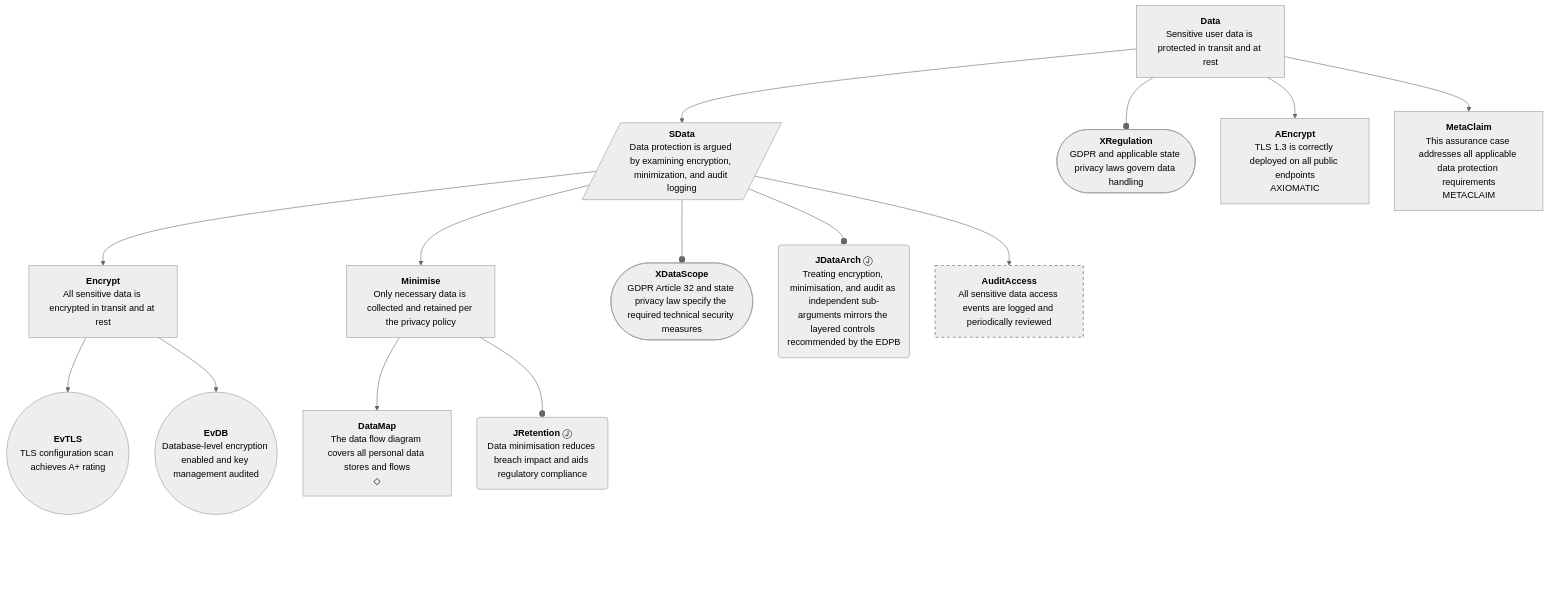
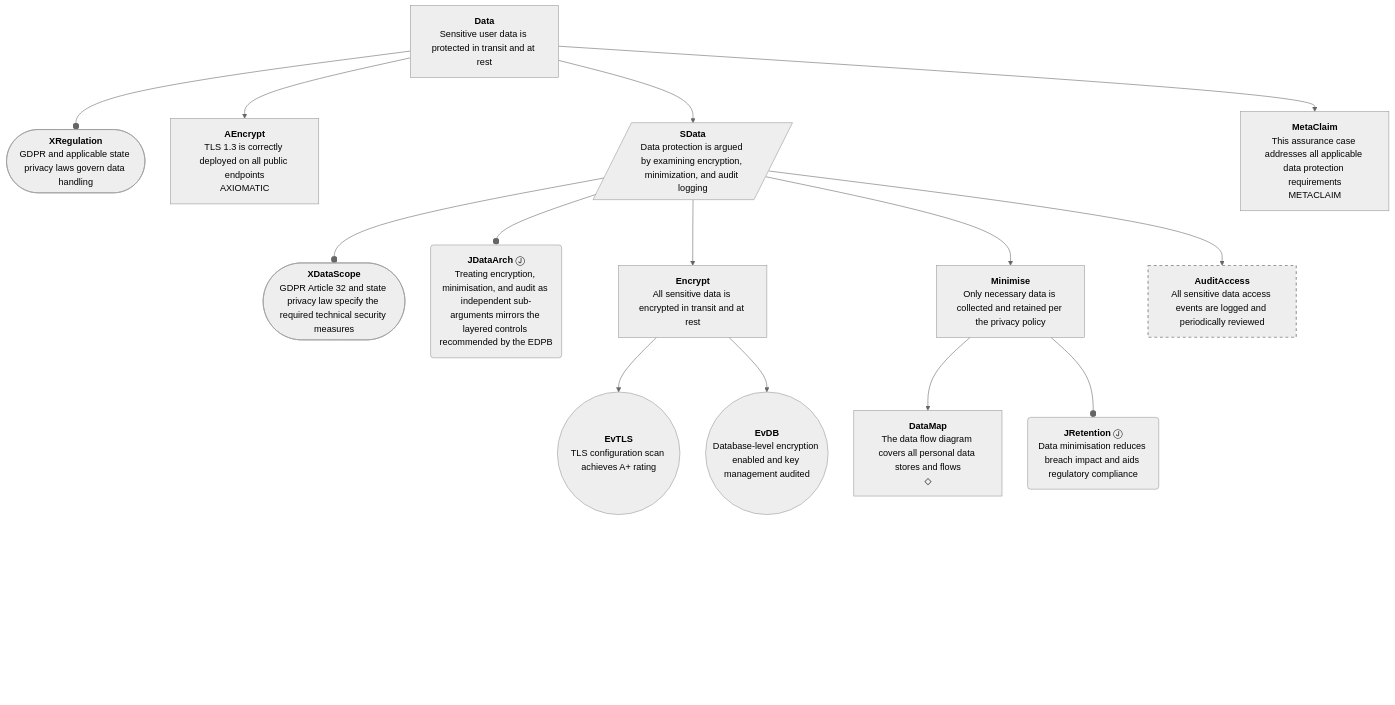
One commit to david-a-wheeler/verocase changed the seventh of 12 diagrams in tests/fixtures/demo-output.expected.md. Above: the diagram before and after it, drawn with Mermaid. The commit also changed other lines of this file and 8 other files, not shown here.

Commit message:
Increase bottom padding by lengthening connector

````diff
--- a/tests/fixtures/demo-output.expected.md
+++ b/tests/fixtures/demo-output.expected.md
@@ -421,68 +421,68 @@
 ```mermaid
 ---
 config:
   theme: neutral
   flowchart:
     curve: basis
     htmlLabels: true
     rankSpacing: 60
     nodeSpacing: 45
     padding: 15
 ---
 flowchart TD
     classDef invisible opacity:0
     classDef gsnUndev stroke-width:2px,stroke-dasharray: 5 5;
     classDef connector fill:none,stroke:#cccccc,stroke-width:1px;
     Data["<b>Data</b><br>Sensitive user data is protected in transit and at rest"]
     XRegulation(["<b>XRegulation</b><br>GDPR and applicable state privacy laws govern data handling"])
     AEncrypt["<b>AEncrypt</b><br>TLS 1.3 is correctly deployed on all public endpoints<br>AXIOMATIC"]
     SData[/"<b>SData</b><br>Data protection is argued by examining encryption, minimization, and audit logging"/]
     MetaClaim["<b>MetaClaim</b><br>This assurance case addresses all applicable data protection requirements<br>METACLAIM"]
     XDataScope(["<b>XDataScope</b><br>GDPR Article 32 and state privacy law specify the required technical security measures"])
     JDataArch("<b>JDataArch</b>&nbsp;Ⓙ<br>Treating encryption, minimisation, and audit as independent sub-arguments mirrors the layered controls recommended by the EDPB")
     Encrypt["<b>Encrypt</b><br>All sensitive data is encrypted in transit and at rest"]
     Minimise["<b>Minimise</b><br>Only necessary data is collected and retained per the privacy policy"]
     AuditAccess["<b>AuditAccess</b><br>All sensitive data access events are logged and periodically reviewed"]:::gsnUndev
     EvTLS(("<b>EvTLS</b><br>TLS configuration scan achieves A+ rating"))
     EvDB(("<b>EvDB</b><br>Database-level encryption enabled and key management audited"))
     DataMap["<b>DataMap</b><br>The data flow diagram covers all personal data stores and flows<br>◇"]
     JRetention("<b>JRetention</b>&nbsp;Ⓙ<br>Data minimisation reduces breach impact and aids regulatory compliance")
     click Data "https://github.com/david-a-wheeler/verocase/blob/main/tests/fixtures/demo-output.expected.md#claim-data"
     click XRegulation "https://github.com/david-a-wheeler/verocase/blob/main/tests/fixtures/demo-output.expected.md#context-xregulation"
     click AEncrypt "https://github.com/david-a-wheeler/verocase/blob/main/tests/fixtures/demo-output.expected.md#claim-aencrypt"
     click SData "https://github.com/david-a-wheeler/verocase/blob/main/tests/fixtures/demo-output.expected.md#strategy-sdata"
     click MetaClaim "https://github.com/david-a-wheeler/verocase/blob/main/tests/fixtures/demo-output.expected.md#claim-metaclaim"
     click XDataScope "https://github.com/david-a-wheeler/verocase/blob/main/tests/fixtures/demo-output.expected.md#context-xdatascope"
     click JDataArch "https://github.com/david-a-wheeler/verocase/blob/main/tests/fixtures/demo-output.expected.md#justification-jdataarch"
     click Encrypt "https://github.com/david-a-wheeler/verocase/blob/main/tests/fixtures/demo-output.expected.md#claim-encrypt"
     click Minimise "https://github.com/david-a-wheeler/verocase/blob/main/tests/fixtures/demo-output.expected.md#claim-minimise"
     click AuditAccess "https://github.com/david-a-wheeler/verocase/blob/main/tests/fixtures/demo-output.expected.md#claim-auditaccess"
     click EvTLS "https://github.com/david-a-wheeler/verocase/blob/main/tests/fixtures/demo-output.expected.md#evidence-evtls"
     click EvDB "https://github.com/david-a-wheeler/verocase/blob/main/tests/fixtures/demo-output.expected.md#evidence-evdb"
     click DataMap "https://github.com/david-a-wheeler/verocase/blob/main/tests/fixtures/demo-output.expected.md#claim-datamap"
     click JRetention "https://github.com/david-a-wheeler/verocase/blob/main/tests/fixtures/demo-output.expected.md#justification-jretention"
 
     Data --o XRegulation
     Data --> AEncrypt
     Data --> SData
     SData --o XDataScope
     SData --o JDataArch
     SData --> Encrypt
     Encrypt --> EvTLS
     Encrypt --> EvDB
     SData --> Minimise
     Minimise --> DataMap
     Minimise --o JRetention
     SData --> AuditAccess
     Data --> MetaClaim
-    XRegulation ~~~ BottomPadding1["<br/><br/><br/>"]:::invisible
-    AEncrypt ~~~ BottomPadding2["<br/><br/><br/>"]:::invisible
-    XDataScope ~~~ BottomPadding3["<br/><br/><br/>"]:::invisible
-    JDataArch ~~~ BottomPadding4["<br/><br/><br/>"]:::invisible
-    EvTLS ~~~ BottomPadding5["<br/><br/><br/>"]:::invisible
-    EvDB ~~~ BottomPadding6["<br/><br/><br/>"]:::invisible
-    DataMap ~~~ BottomPadding7["<br/><br/><br/>"]:::invisible
-    JRetention ~~~ BottomPadding8["<br/><br/><br/>"]:::invisible
-    AuditAccess ~~~ BottomPadding9["<br/><br/><br/>"]:::invisible
-    MetaClaim ~~~ BottomPadding10["<br/><br/><br/>"]:::invisible
+    XRegulation ~~~~ BottomPadding1["<br/><br/><br/>"]:::invisible
+    AEncrypt ~~~~ BottomPadding2["<br/><br/><br/>"]:::invisible
+    XDataScope ~~~~ BottomPadding3["<br/><br/><br/>"]:::invisible
+    JDataArch ~~~~ BottomPadding4["<br/><br/><br/>"]:::invisible
+    EvTLS ~~~~ BottomPadding5["<br/><br/><br/>"]:::invisible
+    EvDB ~~~~ BottomPadding6["<br/><br/><br/>"]:::invisible
+    DataMap ~~~~ BottomPadding7["<br/><br/><br/>"]:::invisible
+    JRetention ~~~~ BottomPadding8["<br/><br/><br/>"]:::invisible
+    AuditAccess ~~~~ BottomPadding9["<br/><br/><br/>"]:::invisible
+    MetaClaim ~~~~ BottomPadding10["<br/><br/><br/>"]:::invisible
 ```
````
